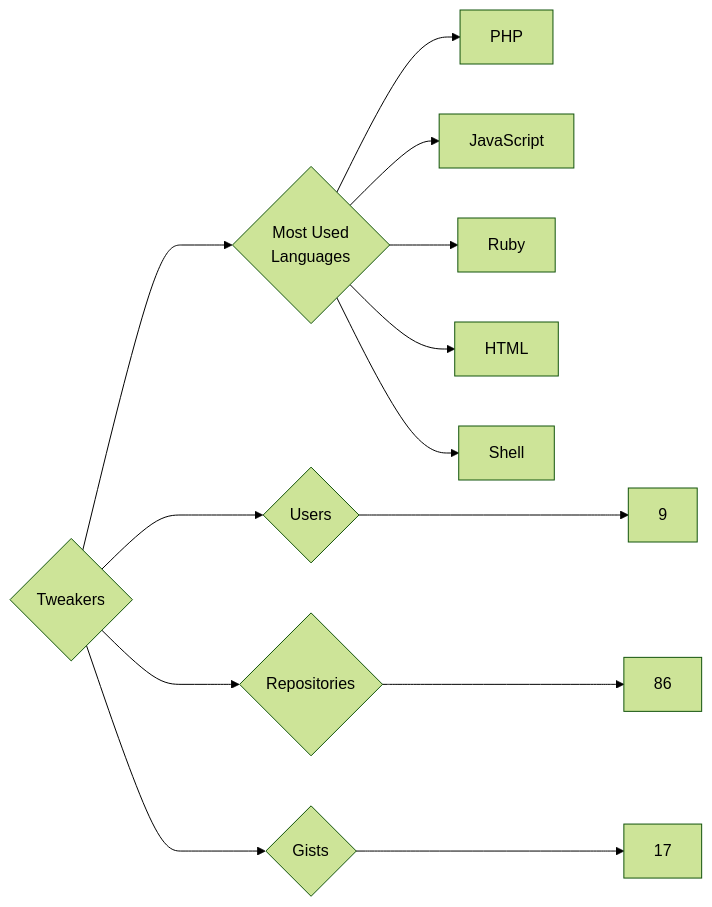
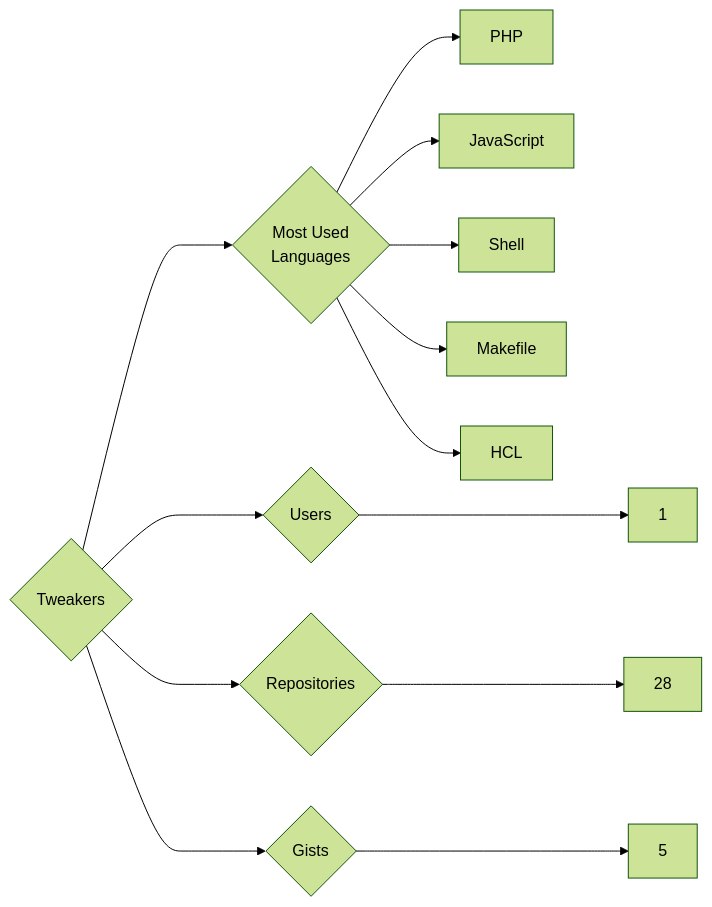
The diagram in targets/Tweakers/README.md (trickest/insiders), drawn with Mermaid (forest theme) before and after one commit. The commit also changed 851 other files, not shown here.

````diff
--- a/targets/Tweakers/README.md
+++ b/targets/Tweakers/README.md
@@ -3,13 +3,13 @@
 ```mermaid
 graph LR
 COMPANY_NAME{Tweakers}
-COMPANY_NAME ---> U{Users} ---> UN[9]
-COMPANY_NAME ---> R{Repositories} ---> RN[86]
-COMPANY_NAME ---> G{Gists} ---> GN[17]
+COMPANY_NAME ---> U{Users} ---> UN[1]
+COMPANY_NAME ---> R{Repositories} ---> RN[28]
+COMPANY_NAME ---> G{Gists} ---> GN[5]
 COMPANY_NAME ---> ML{Most Used<br>Languages}
 ML --> PHP[PHP]
 ML --> JavaScript[JavaScript]
-ML --> Ruby[Ruby]
-ML --> HTML[HTML]
 ML --> Shell[Shell]
+ML --> Makefile[Makefile]
+ML --> HCL[HCL]
 ```
````
